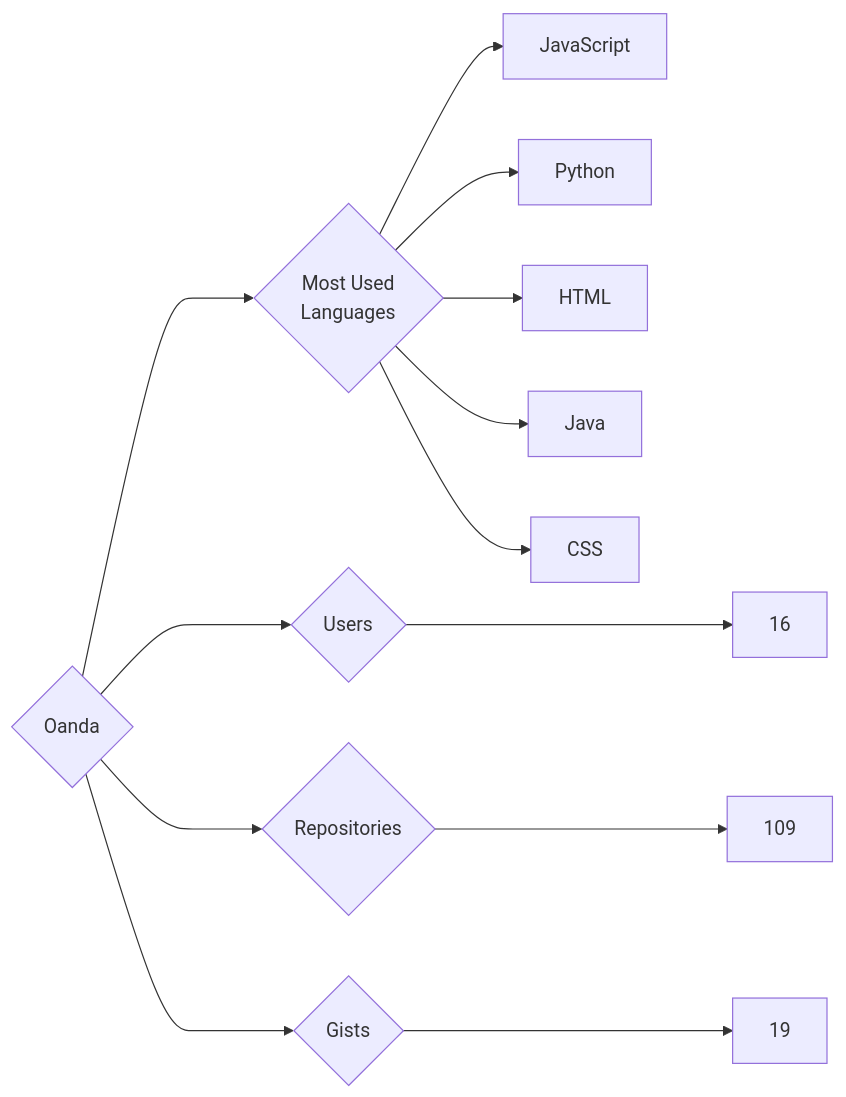
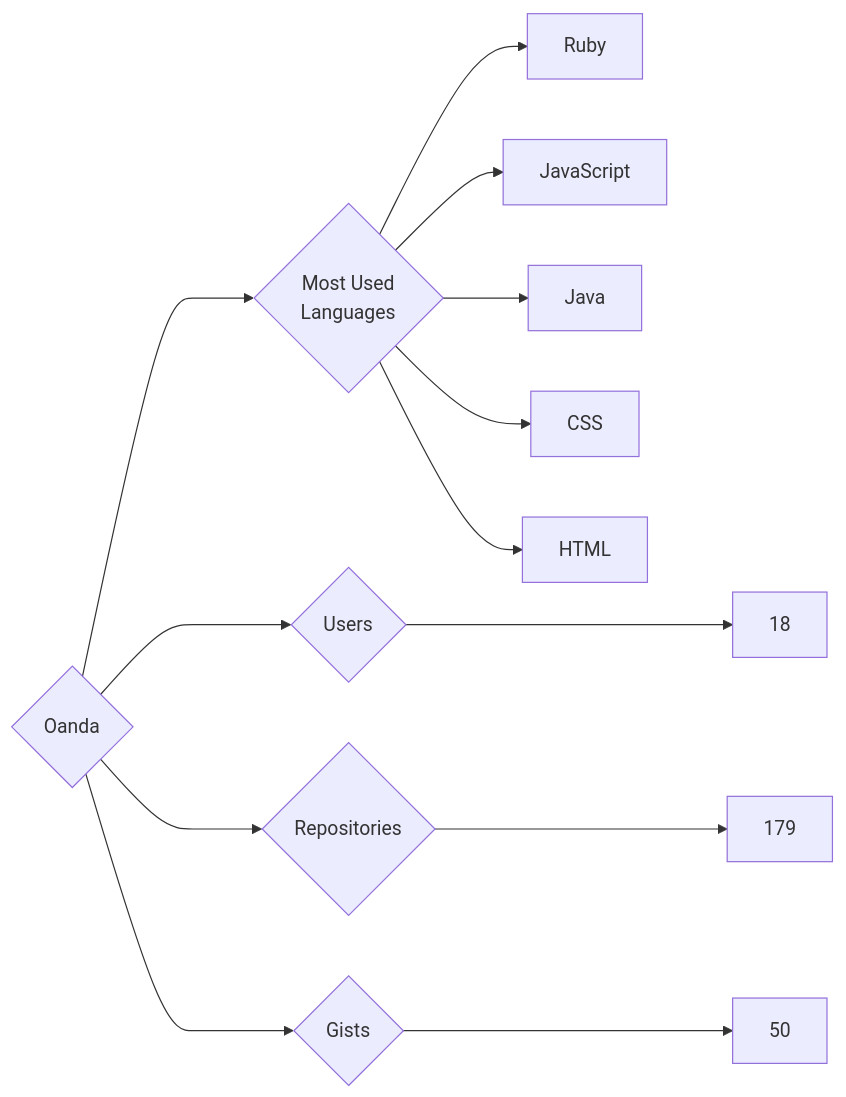
Before and after one commit to trickest/insiders: the diagram in targets/Oanda/README.md, drawn with Mermaid. The commit also changed 953 other files, not shown here.

````diff
--- a/targets/Oanda/README.md
+++ b/targets/Oanda/README.md
@@ -3,13 +3,13 @@
 ```mermaid
 graph LR
 COMPANY_NAME{Oanda}
-COMPANY_NAME ---> U{Users} ---> UN[16]
-COMPANY_NAME ---> R{Repositories} ---> RN[109]
-COMPANY_NAME ---> G{Gists} ---> GN[19]
+COMPANY_NAME ---> U{Users} ---> UN[18]
+COMPANY_NAME ---> R{Repositories} ---> RN[179]
+COMPANY_NAME ---> G{Gists} ---> GN[50]
 COMPANY_NAME ---> ML{Most Used<br>Languages}
+ML --> Ruby[Ruby]
 ML --> JavaScript[JavaScript]
-ML --> Python[Python]
-ML --> HTML[HTML]
 ML --> Java[Java]
 ML --> CSS[CSS]
+ML --> HTML[HTML]
 ```
````
